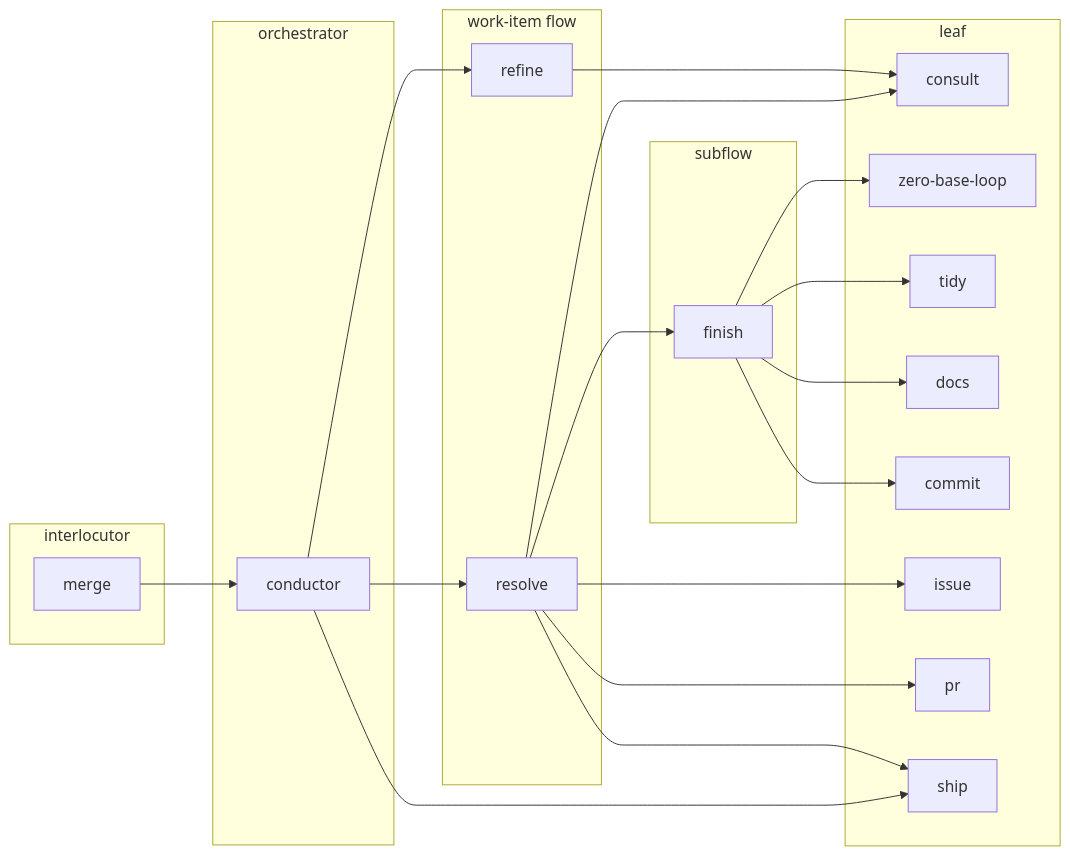
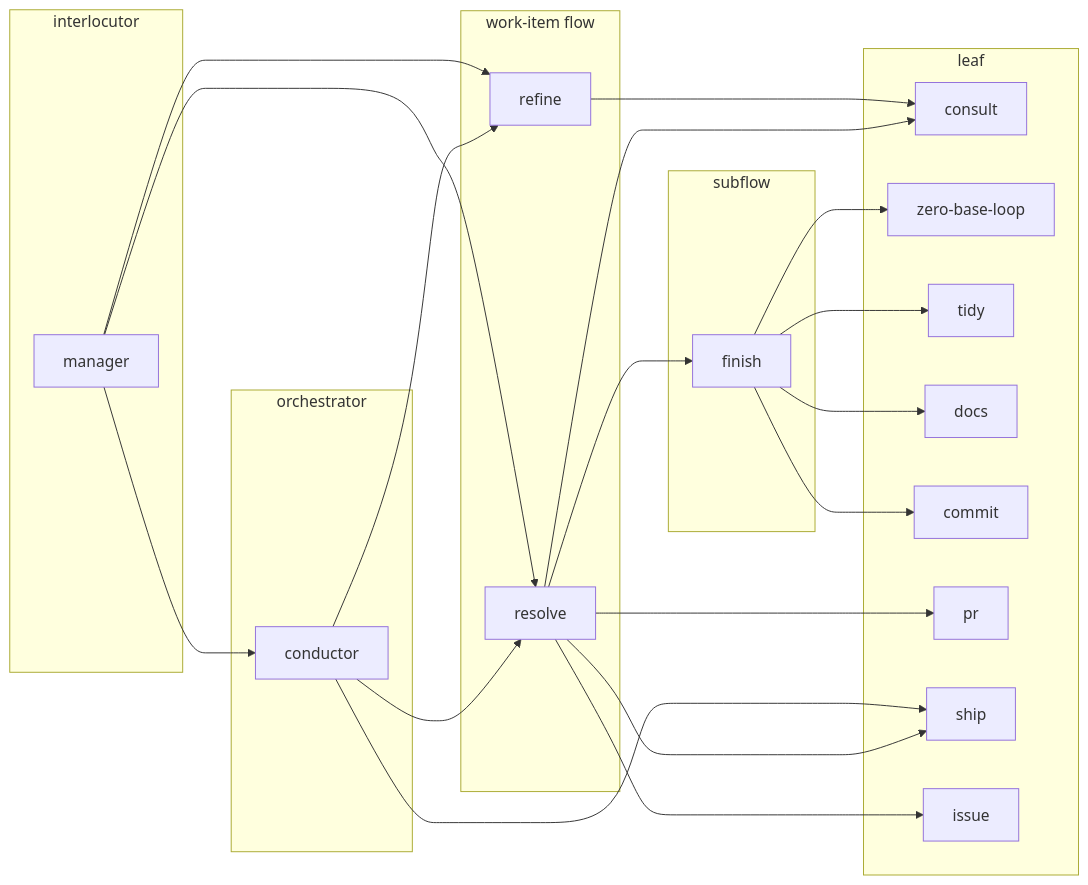
Before and after one commit to usagizmo/agentfiles: the first of 3 diagrams in agents/docs/structure.md, drawn with Mermaid. The commit also changed other lines of this file and 6 other files, not shown here.

````diff
--- a/agents/docs/structure.md
+++ b/agents/docs/structure.md
@@ -27,42 +27,43 @@
 ```mermaid
 flowchart LR
     subgraph inter[interlocutor]
         MG[manager]
     end
     subgraph orch[orchestrator]
         CO[conductor]
     end
     subgraph flow["work-item flow"]
         RF[refine]
         RS[resolve]
     end
     subgraph sub[subflow]
         FI[finish]
     end
     subgraph leaf[leaf]
         CS[consult]
         ZB[zero-base-loop]
         TD[tidy]
         DC[docs]
         CM[commit]
         PR[pr]
         SH[ship]
         IS[issue]
-        MG[merge]
     end
 
     MG --> CO
+    MG --> RF
+    MG --> RS
     CO --> RF
     CO --> RS
     CO --> SH
     RF --> CS
     RS --> CS
     RS --> FI
     RS --> IS
     RS --> PR
     RS --> SH
     FI --> ZB
     FI --> TD
     FI --> DC
     FI --> CM
 ```
````
